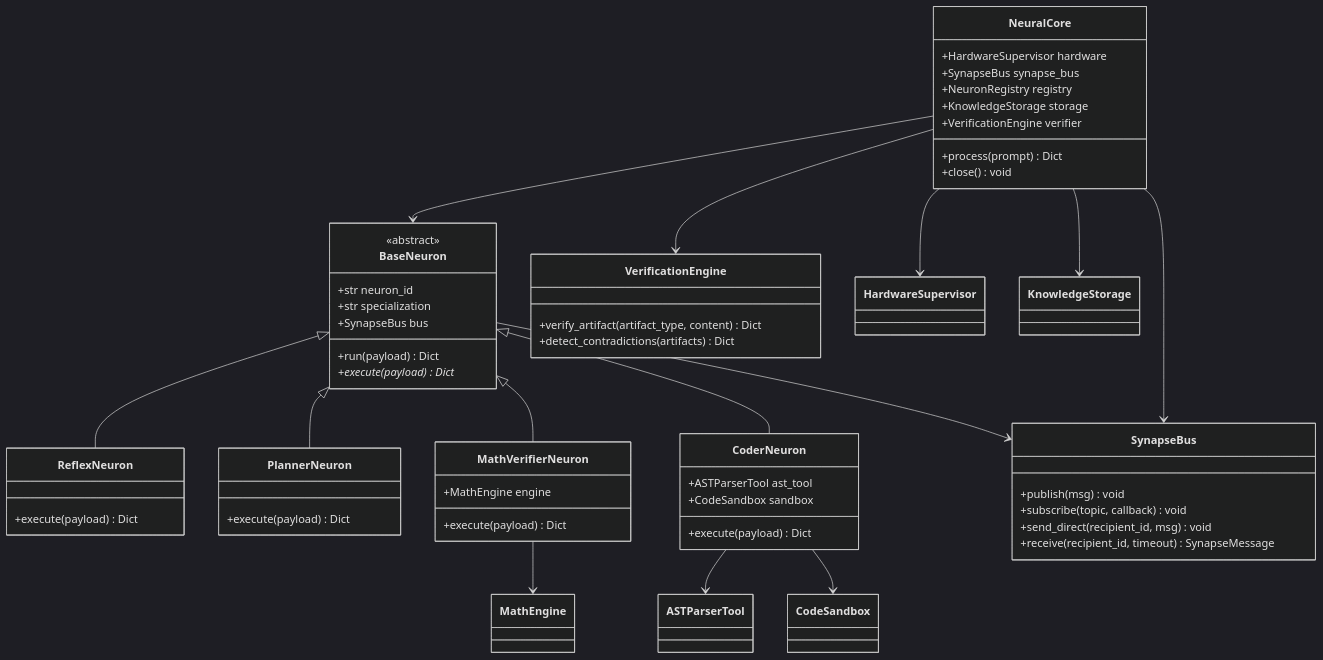
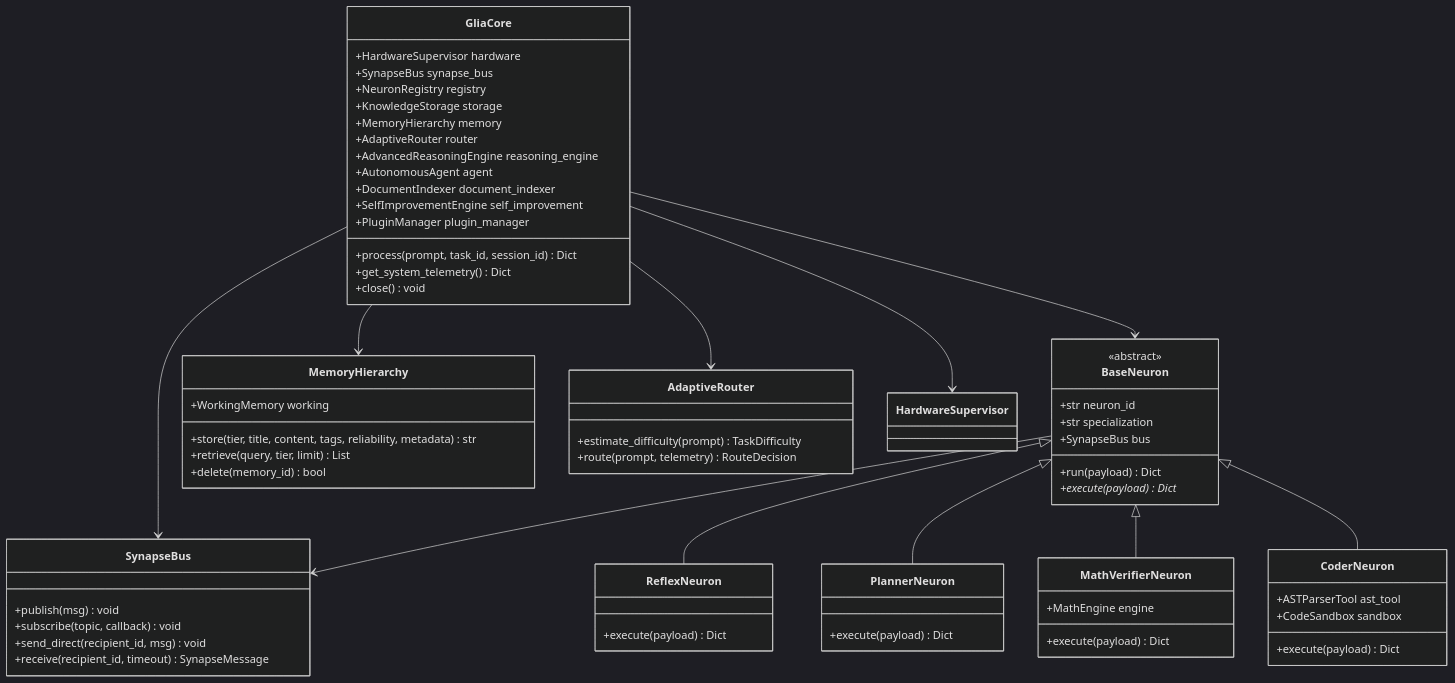
The diagram in ARCHITECTURE.md (shenald-dev/gliacore), drawn with Mermaid (dark theme) before and after one commit. The commit also changed other lines of this file and 28 other files, not shown here.

````diff
--- a/ARCHITECTURE.md
+++ b/ARCHITECTURE.md
@@ -15,59 +18,69 @@
 ```mermaid
 classDiagram
-    class NeuralCore {
+    class GliaCore {
         +HardwareSupervisor hardware
         +SynapseBus synapse_bus
         +NeuronRegistry registry
         +KnowledgeStorage storage
-        +VerificationEngine verifier
-        +process(prompt) Dict
+        +MemoryHierarchy memory
+        +AdaptiveRouter router
+        +AdvancedReasoningEngine reasoning_engine
+        +AutonomousAgent agent
+        +DocumentIndexer document_indexer
+        +SelfImprovementEngine self_improvement
+        +PluginManager plugin_manager
+        +process(prompt, task_id, session_id) Dict
+        +get_system_telemetry() Dict
         +close() void
     }
     class BaseNeuron {
         <<abstract>>
         +str neuron_id
         +str specialization
         +SynapseBus bus
         +run(payload) Dict
         +execute(payload)* Dict
     }
     class ReflexNeuron {
         +execute(payload) Dict
     }
     class PlannerNeuron {
         +execute(payload) Dict
     }
     class MathVerifierNeuron {
         +MathEngine engine
         +execute(payload) Dict
     }
     class CoderNeuron {
         +ASTParserTool ast_tool
         +CodeSandbox sandbox
         +execute(payload) Dict
     }
     class SynapseBus {
         +publish(msg) void
         +subscribe(topic, callback) void
         +send_direct(recipient_id, msg) void
         +receive(recipient_id, timeout) SynapseMessage
     }
-    class VerificationEngine {
-        +verify_artifact(artifact_type, content) Dict
-        +detect_contradictions(artifacts) Dict
+    class MemoryHierarchy {
+        +WorkingMemory working
+        +store(tier, title, content, tags, reliability, metadata) str
+        +retrieve(query, tier, limit) List
+        +delete(memory_id) bool
+    }
+    class AdaptiveRouter {
+        +estimate_difficulty(prompt) TaskDifficulty
+        +route(prompt, telemetry) RouteDecision
     }
 
-    NeuralCore --> HardwareSupervisor
-    NeuralCore --> SynapseBus
-    NeuralCore --> VerificationEngine
-    NeuralCore --> KnowledgeStorage
-    NeuralCore --> BaseNeuron
+    GliaCore --> HardwareSupervisor
+    GliaCore --> SynapseBus
+    GliaCore --> MemoryHierarchy
+    GliaCore --> AdaptiveRouter
+    GliaCore --> BaseNeuron
     BaseNeuron <|-- ReflexNeuron
     BaseNeuron <|-- PlannerNeuron
     BaseNeuron <|-- MathVerifierNeuron
     BaseNeuron <|-- CoderNeuron
     BaseNeuron --> SynapseBus
-    MathVerifierNeuron --> MathEngine
-    CoderNeuron --> ASTParserTool
-    CoderNeuron --> CodeSandbox
 ```
````
